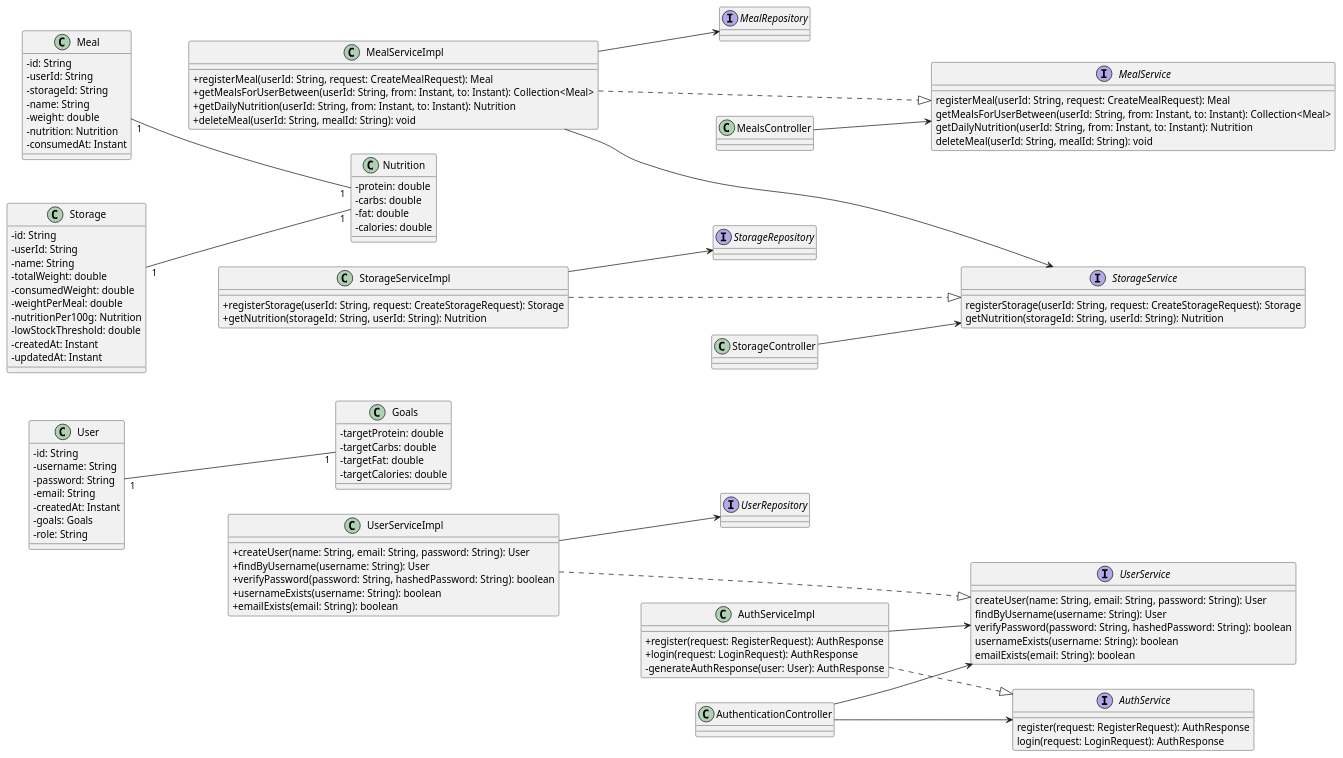
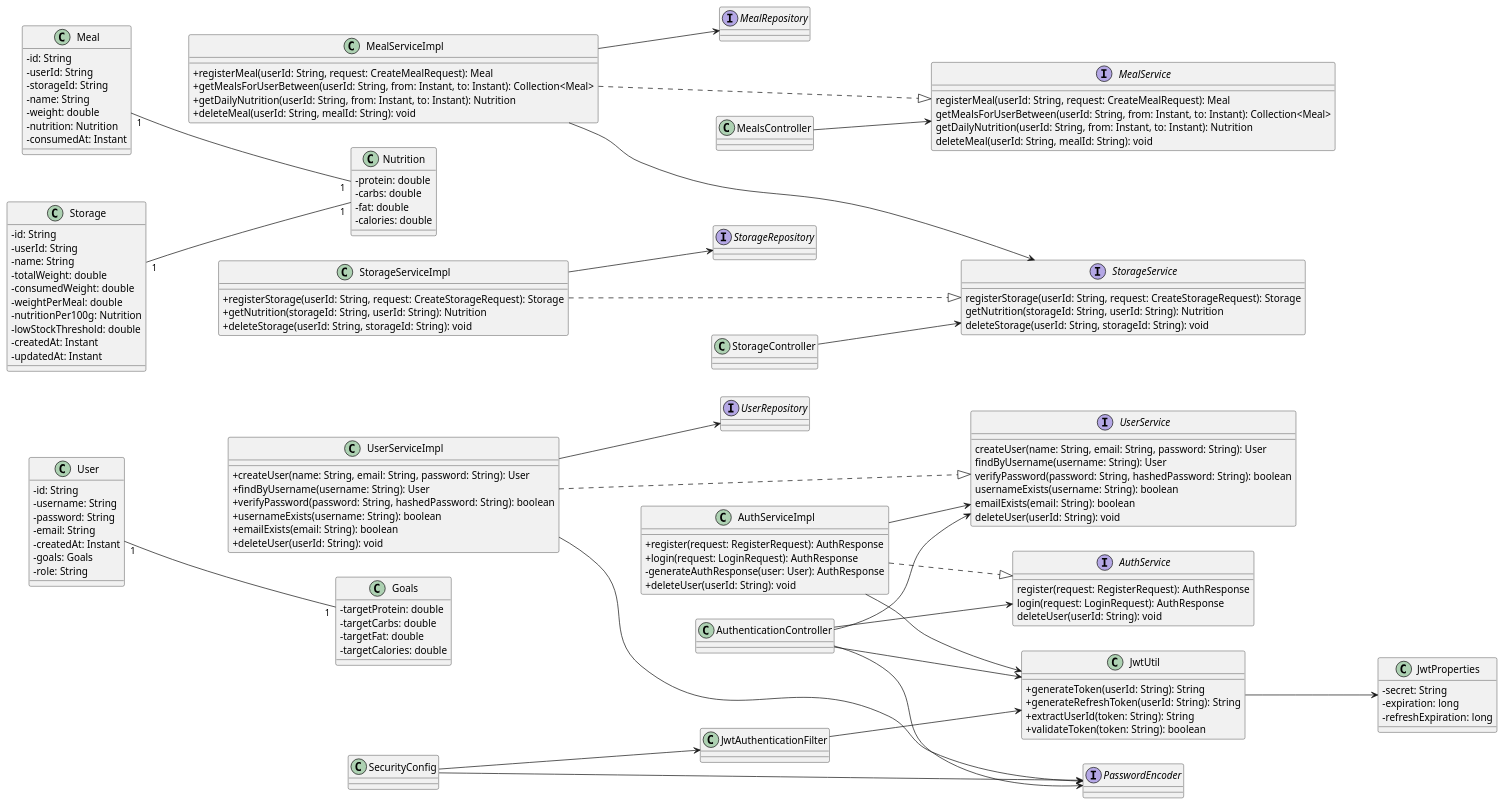
Before and after one commit to alfredbrannare/automagic-foodtracker-backend: the diagram in docs/system_documentation/diagrams/class/class_diagram_overview.puml, drawn with PlantUML. The commit also changed 6 other files, not shown here.

Commit message:
feat: implement a delete user endpoint

```diff
--- a/docs/system_documentation/diagrams/class/class_diagram_overview.puml
+++ b/docs/system_documentation/diagrams/class/class_diagram_overview.puml
@@ -1,145 +1,183 @@
 @startuml
 left to right direction
 skinparam classAttributeIconSize 0
 
 ' Entities
 class User {
     -id: String
     -username: String
     -password: String
     -email: String
     -createdAt: Instant
     -goals: Goals
     -role: String
 }
 
 class Goals {
     -targetProtein: double
     -targetCarbs: double
     -targetFat: double
     -targetCalories: double
 }
 
 class Meal {
     -id: String
     -userId: String
     -storageId: String
     -name: String
     -weight: double
     -nutrition: Nutrition
     -consumedAt: Instant
 }
 
 class Nutrition {
     -protein: double
     -carbs: double
     -fat: double
     -calories: double
 }
 
 class Storage {
     -id: String
     -userId: String
     -name: String
     -totalWeight: double
     -consumedWeight: double
     -weightPerMeal: double
     -nutritionPer100g: Nutrition
     -lowStockThreshold: double
     -createdAt: Instant
     -updatedAt: Instant
 }
 
 ' Repositories
 interface UserRepository
 interface MealRepository
 interface StorageRepository
 
 ' Services
 interface UserService {
     createUser(name: String, email: String, password: String): User
     findByUsername(username: String): User
     verifyPassword(password: String, hashedPassword: String): boolean
     usernameExists(username: String): boolean
     emailExists(email: String): boolean
+    deleteUser(userId: String): void
 }
 
 class UserServiceImpl {
     +createUser(name: String, email: String, password: String): User
     +findByUsername(username: String): User
     +verifyPassword(password: String, hashedPassword: String): boolean
     +usernameExists(username: String): boolean
     +emailExists(email: String): boolean
+    +deleteUser(userId: String): void
 }
 
 interface MealService {
     registerMeal(userId: String, request: CreateMealRequest): Meal
     getMealsForUserBetween(userId: String, from: Instant, to: Instant): Collection<Meal>
     getDailyNutrition(userId: String, from: Instant, to: Instant): Nutrition
     deleteMeal(userId: String, mealId: String): void
 }
 
 class MealServiceImpl {
     +registerMeal(userId: String, request: CreateMealRequest): Meal
     +getMealsForUserBetween(userId: String, from: Instant, to: Instant): Collection<Meal>
     +getDailyNutrition(userId: String, from: Instant, to: Instant): Nutrition
     +deleteMeal(userId: String, mealId: String): void
 }
 
 interface StorageService {
     registerStorage(userId: String, request: CreateStorageRequest): Storage
     getNutrition(storageId: String, userId: String): Nutrition
+    deleteStorage(userId: String, storageId: String): void
 }
 
 class StorageServiceImpl {
     +registerStorage(userId: String, request: CreateStorageRequest): Storage
     +getNutrition(storageId: String, userId: String): Nutrition
+    +deleteStorage(userId: String, storageId: String): void
 }
 
 interface AuthService {
     register(request: RegisterRequest): AuthResponse
     login(request: LoginRequest): AuthResponse
+    deleteUser(userId: String): void
 }
 
 class AuthServiceImpl {
     +register(request: RegisterRequest): AuthResponse
     +login(request: LoginRequest): AuthResponse
     -generateAuthResponse(user: User): AuthResponse
+    +deleteUser(userId: String): void
+}
+
+' Security & Utilities
+class JwtUtil {
+    +generateToken(userId: String): String
+    +generateRefreshToken(userId: String): String
+    +extractUserId(token: String): String
+    +validateToken(token: String): boolean
+}
+
+class JwtAuthenticationFilter
+
+interface PasswordEncoder
+
+class SecurityConfig
+
+class JwtProperties {
+    -secret: String
+    -expiration: long
+    -refreshExpiration: long
 }
 
 ' Controllers
 class AuthenticationController
 class MealsController
 class StorageController
 
-' Real Relationships
+' Service Relationships
 UserServiceImpl --> UserRepository
+UserServiceImpl --> PasswordEncoder
 MealServiceImpl --> MealRepository
 MealServiceImpl --> StorageService
 StorageServiceImpl --> StorageRepository
 AuthServiceImpl --> UserService
+AuthServiceImpl --> JwtUtil
+
+' Controller Relationships
 AuthenticationController --> AuthService
 AuthenticationController --> UserService
+AuthenticationController --> JwtUtil
+AuthenticationController --> PasswordEncoder
 MealsController --> MealService
 StorageController --> StorageService
+
+' Security Relationships
+JwtAuthenticationFilter --> JwtUtil
+SecurityConfig --> JwtAuthenticationFilter
+SecurityConfig --> PasswordEncoder
+JwtUtil --> JwtProperties
 
 ' Entity Associations
 User "1" -- "1" Goals
 Meal "1" -- "1" Nutrition
 Storage "1" -- "1" Nutrition
 
 ' Implementation
 UserServiceImpl ..|> UserService
 MealServiceImpl ..|> MealService
 StorageServiceImpl ..|> StorageService
 AuthServiceImpl ..|> AuthService
 
 ' Hidden links to force horizontal layout
 User -[hidden]->UserServiceImpl
 Meal -[hidden]->MealServiceImpl
 Storage -[hidden]->StorageServiceImpl
 UserServiceImpl -[hidden]->AuthenticationController
 MealServiceImpl -[hidden]->MealsController
 StorageServiceImpl -[hidden]->StorageController
 
 @enduml
```
